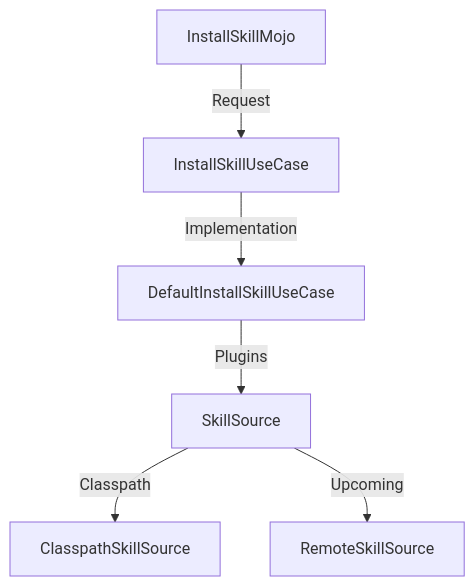
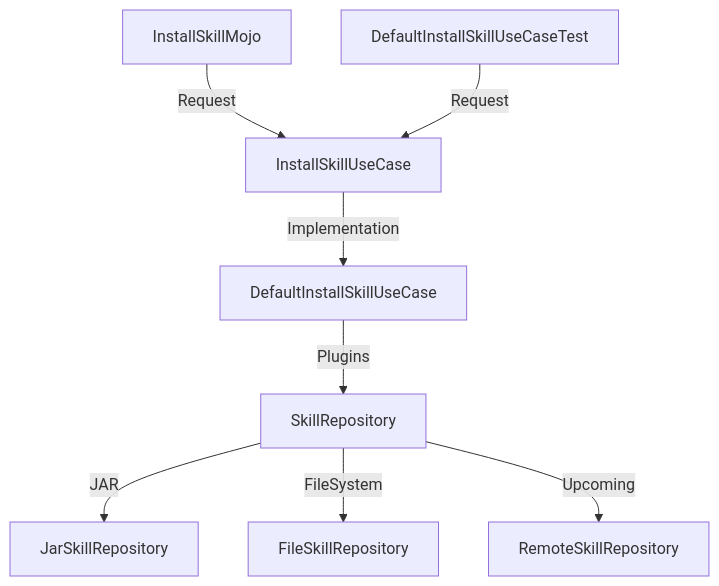
One commit to kodyli/clean changed the diagram in clean-skills/README.md. Above: the diagram before and after it, drawn with Mermaid. The commit also changed other lines of this file and 9 other files, not shown here.

First line of the commit message:
refactor(clean-skills): adopt clean-use-case SkillRepository pattern

````diff
--- a/clean-skills/README.md
+++ b/clean-skills/README.md
@@ -16,8 +16,10 @@
 ```mermaid
 graph TD
     Mojo[InstallSkillMojo] -->|Request| UseCase[InstallSkillUseCase]
+    Test[DefaultInstallSkillUseCaseTest] -->|Request| UseCase[InstallSkillUseCase]
     UseCase -->|Implementation| DefaultUseCase[DefaultInstallSkillUseCase]
-    DefaultUseCase -->|Plugins| SkillSource[SkillSource]
-    SkillSource -->|Classpath| ClasspathSource[ClasspathSkillSource]
-    SkillSource -->|Upcoming| RemoteSource[RemoteSkillSource]
+    DefaultUseCase -->|Plugins| SkillRepo[SkillRepository]
+    SkillRepo -->|JAR| JarRepo[JarSkillRepository]
+    SkillRepo -->|FileSystem| FileRepo[FileSkillRepository]
+    SkillRepo -->|Upcoming| RemoteRepo[RemoteSkillRepository]
 ```
````
